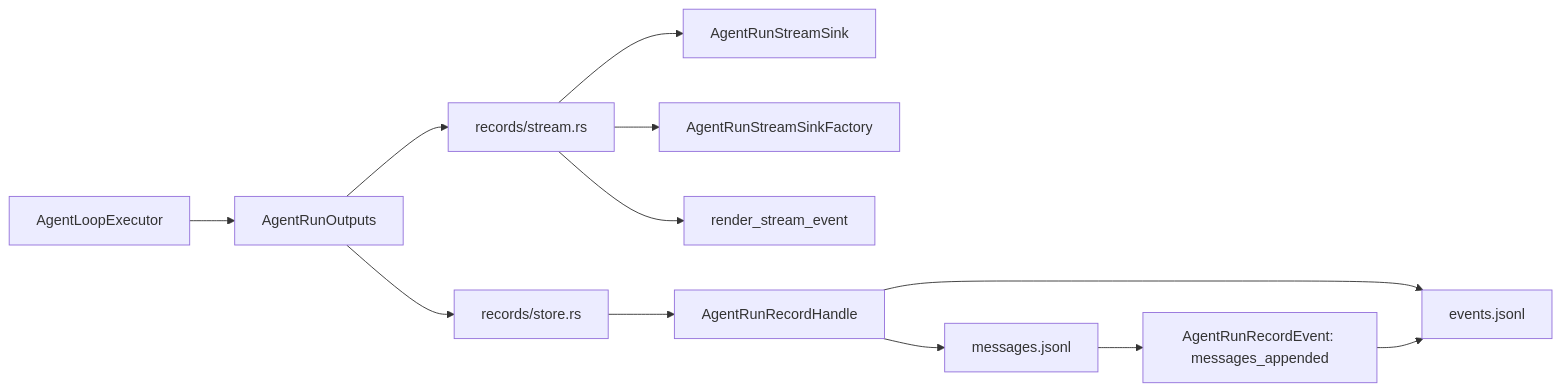
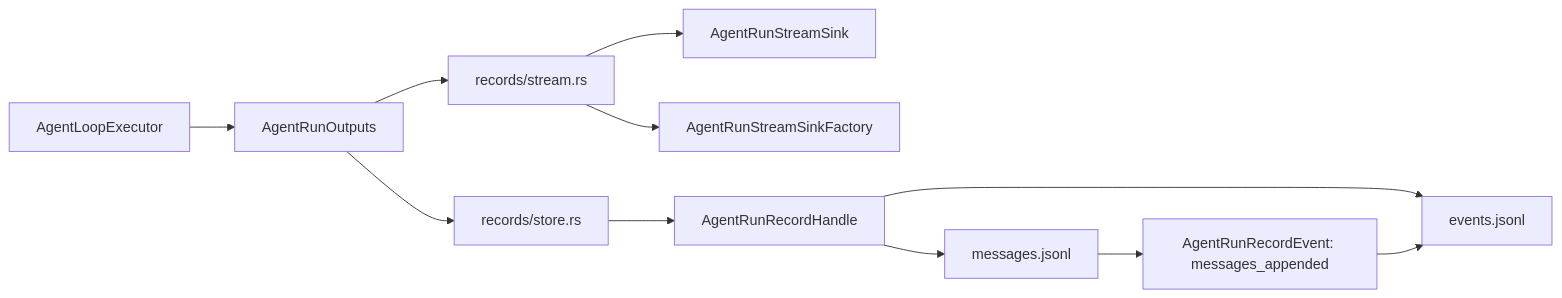
One commit to Ephemeral-AI-Lab/ephemeral-os changed the diagram in docs/plans/eos_engine_agent_run_records_event_merge_SPEC.md. Above: the diagram before and after it, drawn with Mermaid. The commit also changed other lines of this file and 126 other files, not shown here.

````diff
--- a/docs/plans/eos_engine_agent_run_records_event_merge_SPEC.md
+++ b/docs/plans/eos_engine_agent_run_records_event_merge_SPEC.md
@@ -531,18 +659,17 @@
 ```mermaid
 flowchart LR
   Loop["AgentLoopExecutor"] --> Outputs["AgentRunOutputs"]
 
   Outputs --> Stream["records/stream.rs"]
   Outputs --> Store["records/store.rs"]
 
   Stream --> Sink["AgentRunStreamSink"]
   Stream --> Factory["AgentRunStreamSinkFactory"]
-  Stream --> Render["render_stream_event"]
 
   Store --> Handle["AgentRunRecordHandle"]
   Handle --> Messages["messages.jsonl"]
   Handle --> Events["events.jsonl"]
 
   Messages --> EventRow["AgentRunRecordEvent: messages_appended"]
   EventRow --> Events
 ```
````
